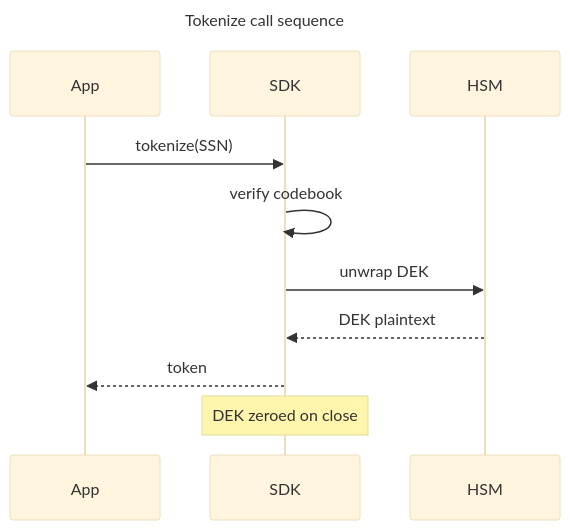
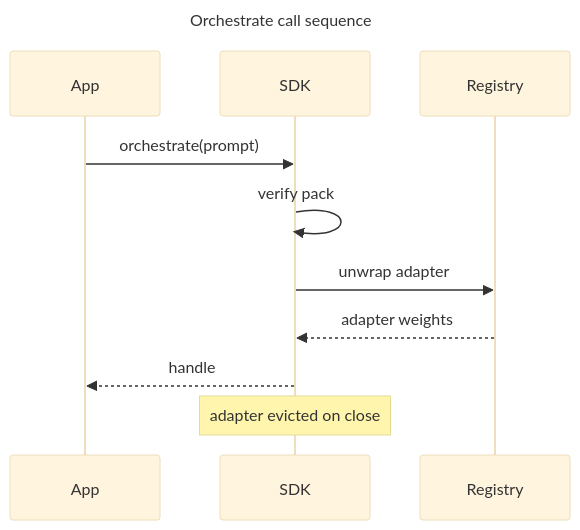
Before and after one commit to SlideWright/lattice: the second of 25 diagrams in lib/components/diagram/diagram/diagram.gallery.md, drawn with Mermaid (base theme). The commit also changed other lines of this file and 75 other files, not shown here.

````diff
--- a/lib/components/diagram/diagram/diagram.gallery.md
+++ b/lib/components/diagram/diagram/diagram.gallery.md
@@ -82,15 +82,15 @@
 ```mermaid
 ---
-title: Tokenize call sequence
+title: Orchestrate call sequence
 ---
 sequenceDiagram
   participant App
   participant SDK
-  participant HSM
-  App->>SDK: tokenize(SSN)
-  SDK->>SDK: verify codebook
-  SDK->>HSM: unwrap DEK
-  HSM-->>SDK: DEK plaintext
-  SDK-->>App: token
-  Note over SDK: DEK zeroed on close
+  participant Registry
+  App->>SDK: orchestrate(prompt)
+  SDK->>SDK: verify pack
+  SDK->>Registry: unwrap adapter
+  Registry-->>SDK: adapter weights
+  SDK-->>App: handle
+  Note over SDK: adapter evicted on close
 ```
````
